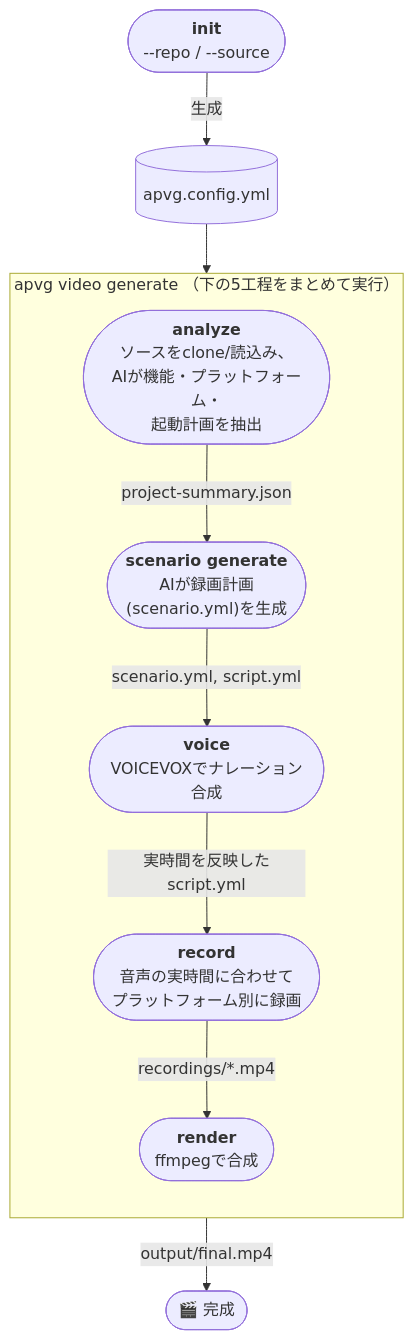
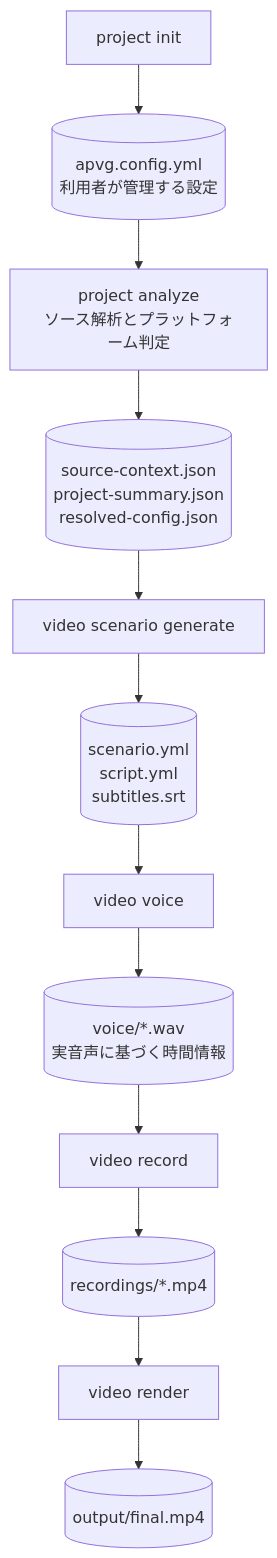
The diagram in README-ja.md (TakuKobayashi/auto-product-video-generator), drawn with Mermaid before and after one commit. The commit also changed other lines of this file and 3 other files, not shown here.

````diff
--- a/README-ja.md
+++ b/README-ja.md
@@ -323,20 +51,14 @@
 ```mermaid
 flowchart TD
-    init(["<b>init</b><br/>--repo / --source"]) -->|生成| cfg[(apvg.config.yml)]
-
-    subgraph build["apvg video generate （下の5工程をまとめて実行）"]
-        direction TB
-        analyze(["<b>analyze</b><br/>ソースをclone/読込み、<br/>AIが機能・プラットフォーム・<br/>起動計画を抽出"])
-        scenario(["<b>scenario generate</b><br/>AIが録画計画<br/>(scenario.yml)を生成"])
-        voice(["<b>voice</b><br/>VOICEVOXでナレーション合成"])
-        record(["<b>record</b><br/>音声の実時間に合わせて<br/>プラットフォーム別に録画"])
-        render(["<b>render</b><br/>ffmpegで合成"])
-        analyze -->|project-summary.json| scenario
-        scenario -->|scenario.yml, script.yml| voice
-        voice -->|実時間を反映したscript.yml| record
-        record -->|recordings/*.mp4| render
-    end
-
-    cfg --> analyze
-    render -->|output/final.mp4| done(["🎬 完成"])
+    init["project init"] --> config[("apvg.config.yml<br/>利用者が管理する設定")]
+    config --> analyze["project analyze<br/>ソース解析とプラットフォーム判定"]
+    analyze --> resolved[("source-context.json<br/>project-summary.json<br/>resolved-config.json")]
+    resolved --> scenario["video scenario generate"]
+    scenario --> script[("scenario.yml<br/>script.yml<br/>subtitles.srt")]
+    script --> voice["video voice"]
+    voice --> audio[("voice/*.wav<br/>実音声に基づく時間情報")]
+    audio --> record["video record"]
+    record --> recordings[("recordings/*.mp4")]
+    recordings --> render["video render"]
+    render --> final[("output/final.mp4")]
 ```
````
